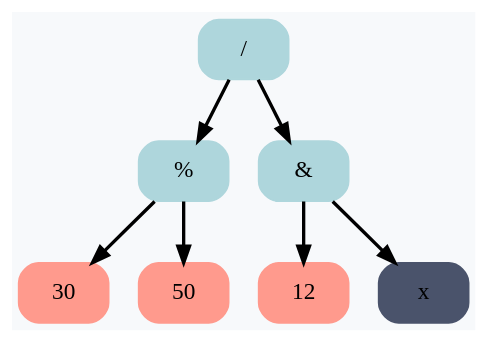
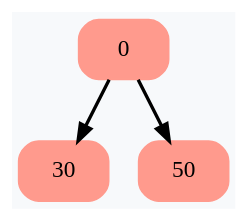
One commit to RTCupid/Differentiator changed the diagram in Expression.dot. Above: the diagram before and after it, drawn with Graphviz. The commit also changed 12 other files, not shown here.

```diff
--- a/Expression.dot
+++ b/Expression.dot
@@ -1,17 +1,9 @@
 digraph G {
 	rankdir = HR;
 	bgcolor="#F7F9FB"
-	 node0x503000000040 [shape=Mrecord; style=filled; color="#aed6dc"; label =  "/ " ];
-	 node0x503000000040 -> node0x503000000070 [ style=bold; weight=1000; ];
-	 node0x503000000040 -> node0x503000000100 [ style=bold; weight=1000; ];
-	 node0x503000000070 [shape=Mrecord; style=filled; color="#aed6dc"; label =  "% " ];
-	 node0x503000000070 -> node0x5030000000a0 [ style=bold; weight=1000; ];
-	 node0x503000000070 -> node0x5030000000d0 [ style=bold; weight=1000; ];
-	 node0x5030000000a0 [shape=Mrecord; style=filled; color="#ff9a8d"; label =  "30 " ];
-	 node0x5030000000d0 [shape=Mrecord; style=filled; color="#ff9a8d"; label =  "50 " ];
-	 node0x503000000100 [shape=Mrecord; style=filled; color="#aed6dc"; label =  "& " ];
-	 node0x503000000100 -> node0x503000000130 [ style=bold; weight=1000; ];
-	 node0x503000000100 -> node0x503000000160 [ style=bold; weight=1000; ];
-	 node0x503000000130 [shape=Mrecord; style=filled; color="#ff9a8d"; label =  "12 " ];
-	 node0x503000000160 [shape=Mrecord; style=filled; color="#4a536b"; label =  "x " ];
+	 node0x5030000000a0 [shape=Mrecord; style=filled; color="#ff9a8d"; label =  "0 " ];
+	 node0x5030000000a0 -> node0x503000000040 [ style=bold; weight=1000; ];
+	 node0x5030000000a0 -> node0x503000000070 [ style=bold; weight=1000; ];
+	 node0x503000000040 [shape=Mrecord; style=filled; color="#ff9a8d"; label =  "30 " ];
+	 node0x503000000070 [shape=Mrecord; style=filled; color="#ff9a8d"; label =  "50 " ];
 }
```
